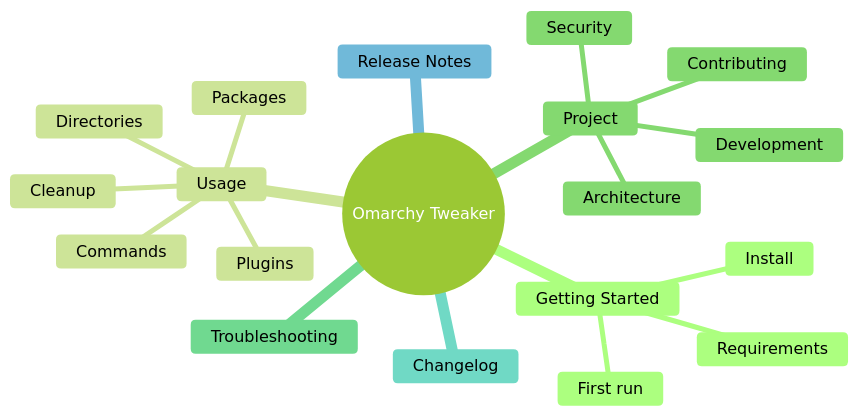
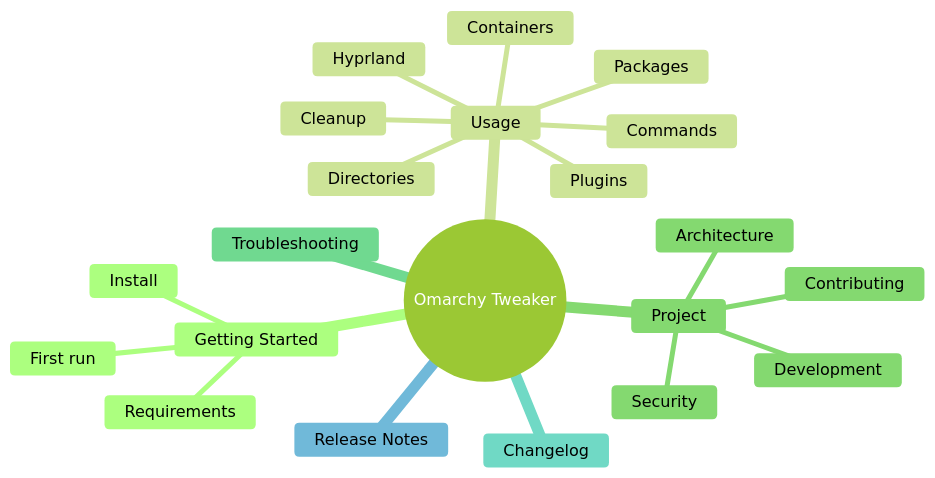
Before and after one commit to Armoghans-Organization/Omarchy-Tweaker: the third of 3 diagrams in docs/index.md, drawn with Mermaid (forest theme). The commit also changed other lines of this file and 20 other files, not shown here.

````diff
--- a/docs/index.md
+++ b/docs/index.md
@@ -228,22 +242,24 @@
 ```mermaid
 mindmap
   root((Omarchy Tweaker))
     Getting Started
       Requirements
       Install
       First run
     Usage
       Commands
       Packages
+      Containers
       Plugins
+      Hyprland
       Cleanup
       Directories
     Project
       Architecture
       Development
       Contributing
       Security
     Troubleshooting
     Changelog
     Release Notes
 ```
````
